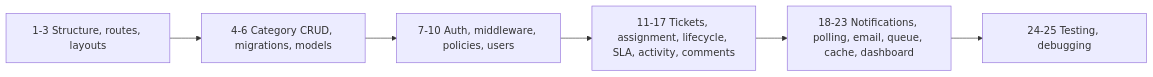
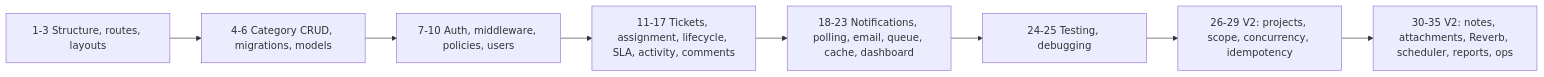
The diagram in docs/16-CODEBASE-LEARNING-MAP.md (Saif-Mahmud-Khan-Dourjoy/ResolveDesk), drawn with Mermaid before and after one commit. The commit also changed other lines of this file and 140 other files, not shown here.

````diff
--- a/docs/16-CODEBASE-LEARNING-MAP.md
+++ b/docs/16-CODEBASE-LEARNING-MAP.md
@@ -21,8 +34,10 @@
 ```mermaid
 flowchart LR
     S1["1-3 Structure, routes, layouts"] --> S2["4-6 Category CRUD, migrations, models"]
     S2 --> S3["7-10 Auth, middleware, policies, users"]
     S3 --> S4["11-17 Tickets, assignment, lifecycle, SLA, activity, comments"]
     S4 --> S5["18-23 Notifications, polling, email, queue, cache, dashboard"]
     S5 --> S6["24-25 Testing, debugging"]
+    S6 --> S7["26-29 V2: projects, scope, concurrency, idempotency"]
+    S7 --> S8["30-35 V2: notes, attachments, Reverb, scheduler, reports, ops"]
 ```
````
